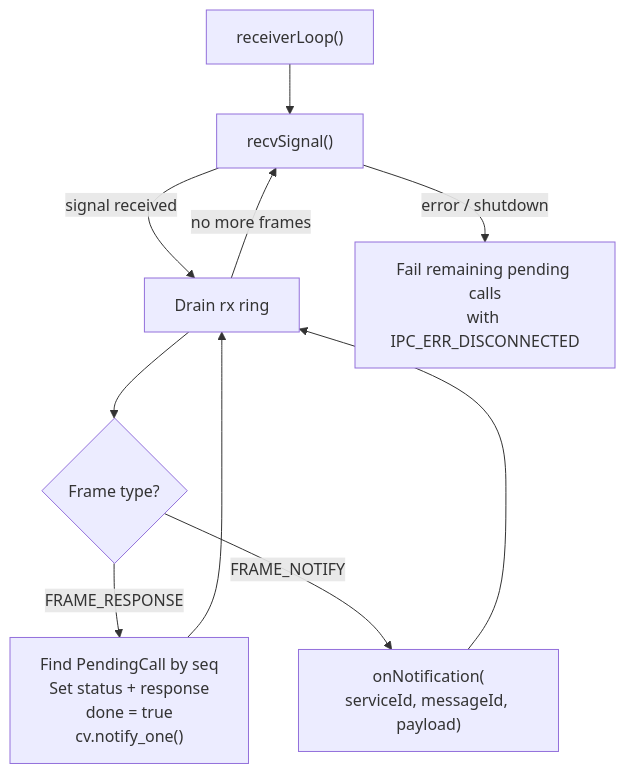
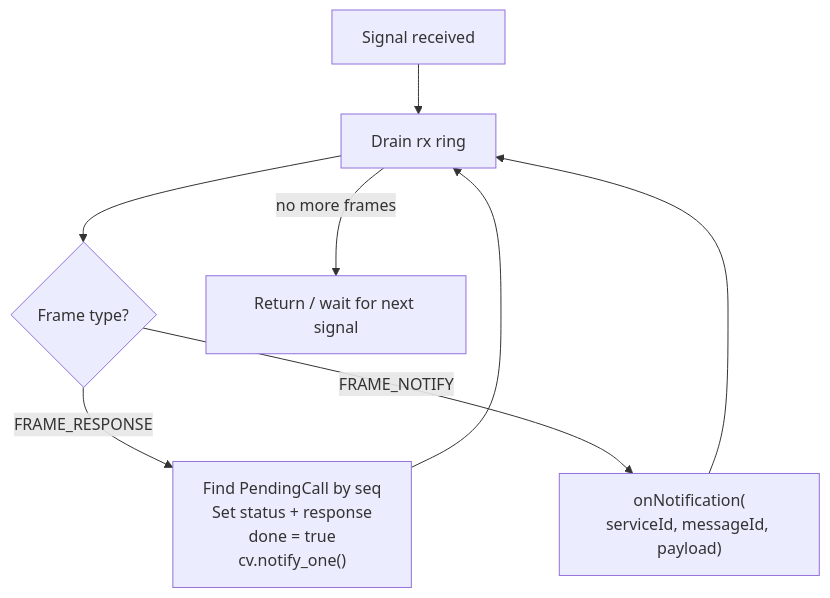
One commit to Mrunmoy/aether changed the seventh of 7 diagrams in doc/ClientBase.md. Above: the diagram before and after it, drawn with Mermaid. The commit also changed other lines of this file and 12 other files, not shown here.

````diff
--- a/doc/ClientBase.md
+++ b/doc/ClientBase.md
@@ -168,12 +198,10 @@
 ```mermaid
 graph TD
-    START["receiverLoop()"] --> WAIT["recvSignal()"]
-    WAIT -->|"signal received"| DRAIN["Drain rx ring"]
+    START["Signal received"] --> DRAIN["Drain rx ring"]
     DRAIN --> CHECK{"Frame type?"}
     CHECK -->|"FRAME_RESPONSE"| RESP["Find PendingCall by seq\nSet status + response\ndone = true\ncv.notify_one()"]
     CHECK -->|"FRAME_NOTIFY"| NOTIFY["onNotification(\nserviceId, messageId, payload)"]
     RESP --> DRAIN
     NOTIFY --> DRAIN
-    DRAIN -->|"no more frames"| WAIT
-    WAIT -->|"error / shutdown"| EXIT["Fail remaining pending calls\nwith IPC_ERR_DISCONNECTED"]
+    DRAIN -->|"no more frames"| DONE["Return / wait for next signal"]
 ```
````
